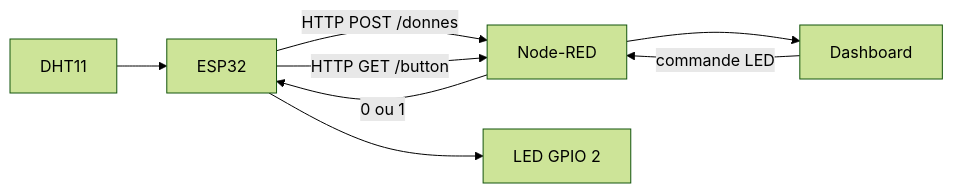
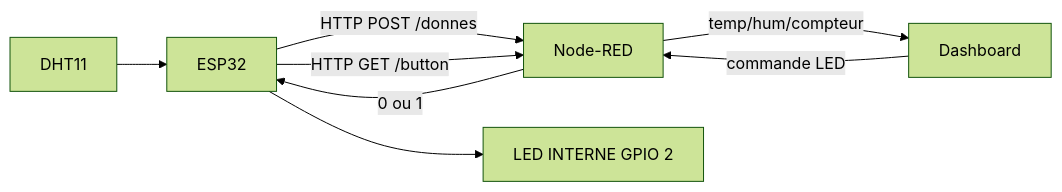
The first of 2 diagrams in README.md (Darkzveller/TP_1_IOT_S7_polytech_sorbonne), drawn with Mermaid (forest theme) before and after one commit.

Commit message:
Modify flowchart for data flow and component names
Updated the flowchart in README to reflect changes in data flow and component naming.

````diff
--- a/README.md
+++ b/README.md
@@ -270,10 +270,10 @@
 ```mermaid
 flowchart LR
     DHT[DHT11] --> ESP[ESP32]
     ESP -- HTTP POST /donnes --> NR[Node-RED]
-    NR --> DASH[Dashboard]
+    NR -- temp/hum/compteur --> DASH[Dashboard]
     DASH -- commande LED --> NR
     ESP -- HTTP GET /button --> NR
     NR -- 0 ou 1 --> ESP
-    ESP --> LED[LED GPIO 2]
+    ESP --> LED[LED INTERNE GPIO 2]
 ```
````
